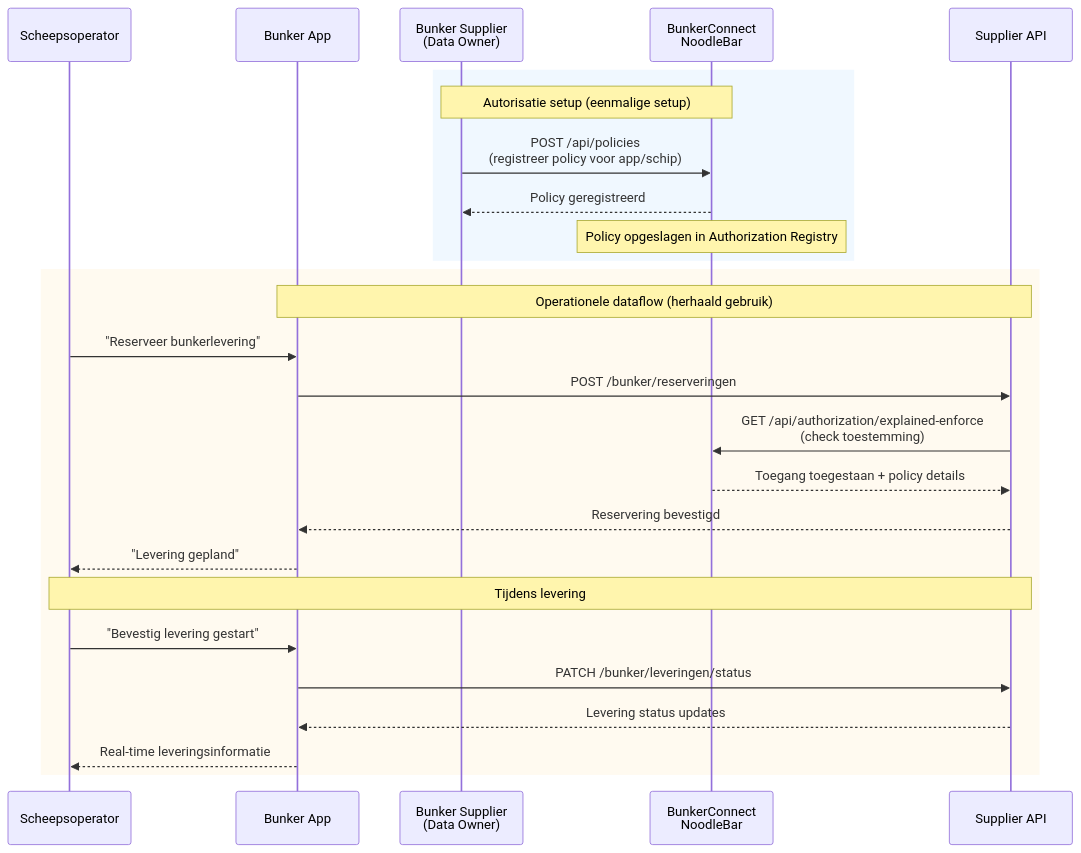
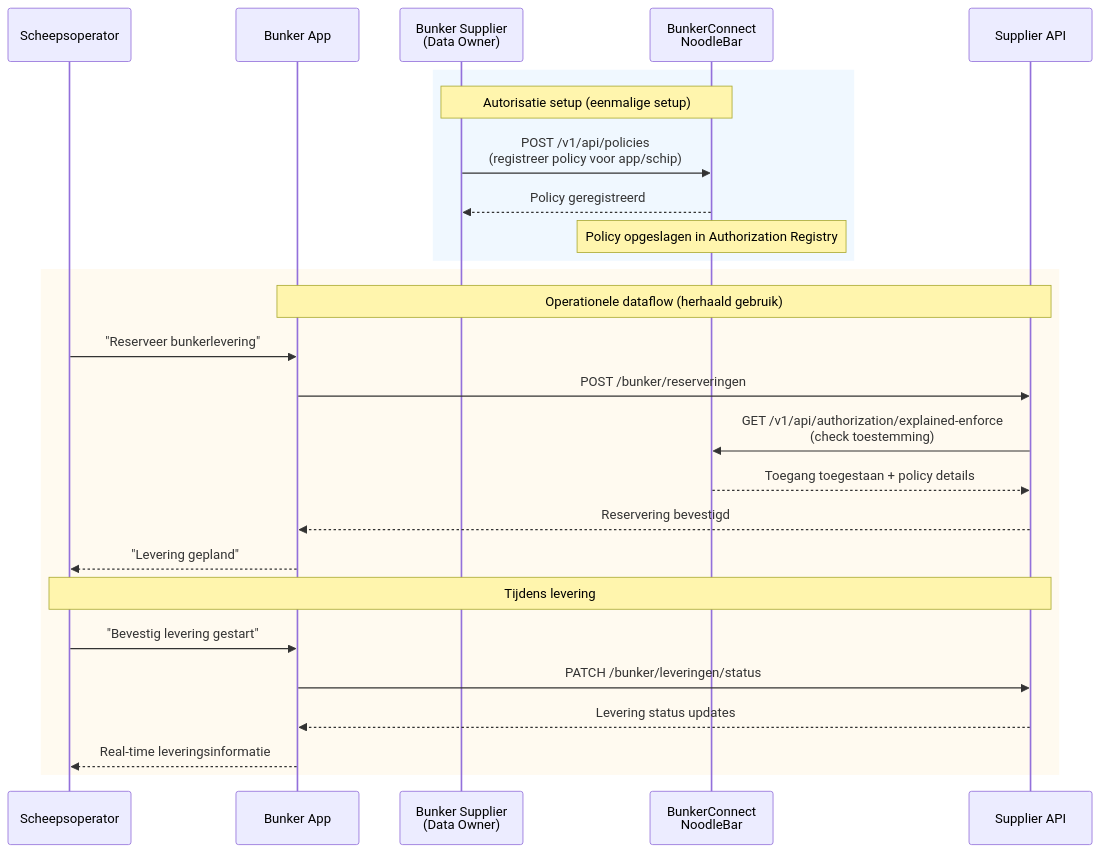
Before and after one commit to POORT8/Poort8.Docs: the diagram in bunkerconnect/bunker-diensten.md, drawn with Mermaid. The commit also changed other lines of this file, not shown here.

Commit message:
Deploy bunkerconnect docs: 6e06a5beae272c72eed9c70ff3568d77f3adb193

````diff
--- a/bunkerconnect/bunker-diensten.md
+++ b/bunkerconnect/bunker-diensten.md
@@ -17,35 +17,35 @@
 ```mermaid
 sequenceDiagram
     participant Schip as Scheepsoperator
     participant App as Bunker App
     participant Supplier as Bunker Supplier<br/>(Data Owner)
     participant BC as BunkerConnect<br/>NoodleBar
     participant API as Supplier API
 
     rect rgb(240, 248, 255)
         Note over Supplier,BC: Autorisatie setup (eenmalige setup)
 
-        Supplier->>BC: POST /api/policies<br/>(registreer policy voor app/schip)
+        Supplier->>BC: POST /v1/api/policies<br/>(registreer policy voor app/schip)
         BC-->>Supplier: Policy geregistreerd
         Note over BC: Policy opgeslagen in Authorization Registry
     end
 
     rect rgb(255, 250, 240)
         Note over App,API: Operationele dataflow (herhaald gebruik)
 
         Schip->>App: "Reserveer bunkerlevering"
         App->>API: POST /bunker/reserveringen
 
-        API->>BC: GET /api/authorization/explained-enforce<br/>(check toestemming)
+        API->>BC: GET /v1/api/authorization/explained-enforce<br/>(check toestemming)
         BC-->>API: Toegang toegestaan + policy details
 
         API-->>App: Reservering bevestigd
         App-->>Schip: "Levering gepland"
 
         Note over Schip,API: Tijdens levering
         Schip->>App: "Bevestig levering gestart"
         App->>API: PATCH /bunker/leveringen/status
         API-->>App: Levering status updates
         App-->>Schip: Real-time leveringsinformatie
     end
 ```
````
